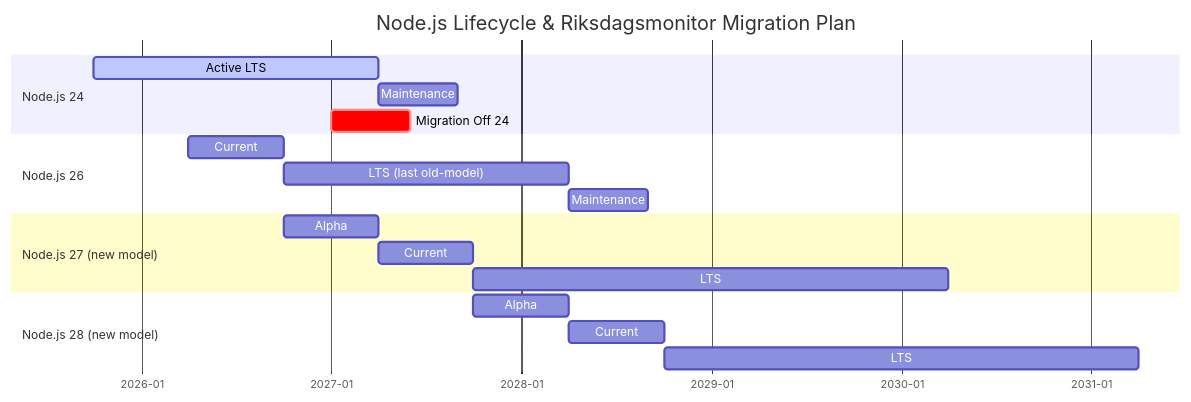
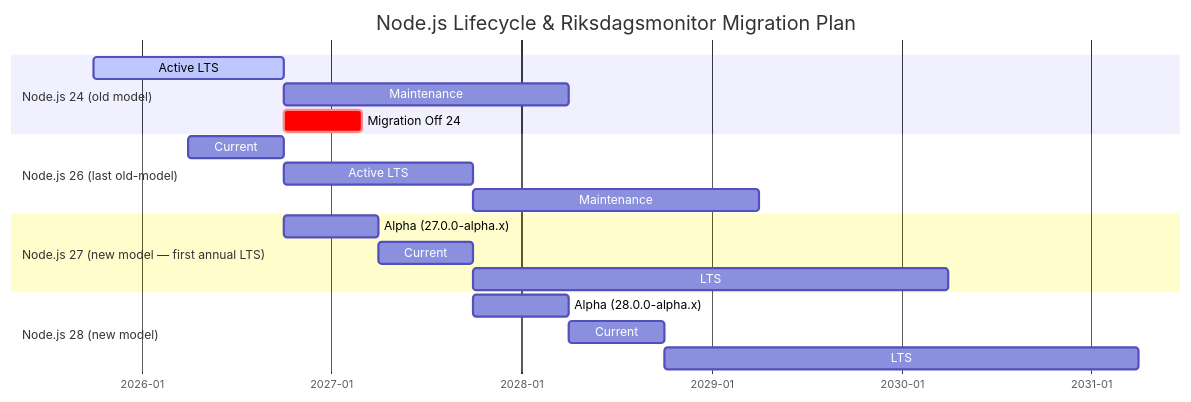
Before and after one commit to Hack23/riksdagsmonitor: the diagram in End-of-Life-Strategy.md, drawn with Mermaid. The commit also changed other lines of this file, not shown here.

Commit message:
Enhance End-of-Life-Strategy.md with corrected Node.js EOL dates, blog post context, and CI alpha testing strategy

````diff
--- a/End-of-Life-Strategy.md
+++ b/End-of-Life-Strategy.md
@@ -160,26 +187,26 @@
 ```mermaid
 gantt
     title Node.js Lifecycle & Riksdagsmonitor Migration Plan
     dateFormat YYYY-MM
     axisFormat %Y-%m
 
-    section Node.js 24
-    Active LTS           :active, n24lts, 2025-10, 2027-04
-    Maintenance           :n24maint, 2027-04, 2027-09
-    Migration Off 24      :crit, m24, 2027-01, 2027-06
+    section Node.js 24 (old model)
+    Active LTS           :active, n24lts, 2025-10, 2026-10
+    Maintenance           :n24maint, 2026-10, 2028-04
+    Migration Off 24      :crit, m24, 2026-10, 2027-03
 
-    section Node.js 26
+    section Node.js 26 (last old-model)
     Current               :n26curr, 2026-04, 2026-10
-    LTS (last old-model)  :n26lts, 2026-10, 2028-04
-    Maintenance           :n26maint, 2028-04, 2028-09
+    Active LTS            :n26lts, 2026-10, 2027-10
+    Maintenance           :n26maint, 2027-10, 2029-04
 
-    section Node.js 27 (new model)
-    Alpha                 :n27alpha, 2026-10, 2027-04
+    section Node.js 27 (new model — first annual LTS)
+    Alpha (27.0.0-alpha.x):n27alpha, 2026-10, 2027-04
     Current               :n27curr, 2027-04, 2027-10
     LTS                   :n27lts, 2027-10, 2030-04
 
     section Node.js 28 (new model)
-    Alpha                 :n28alpha, 2027-10, 2028-04
+    Alpha (28.0.0-alpha.x):n28alpha, 2027-10, 2028-04
     Current               :n28curr, 2028-04, 2028-10
     LTS                   :n28lts, 2028-10, 2031-04
 ```
````
